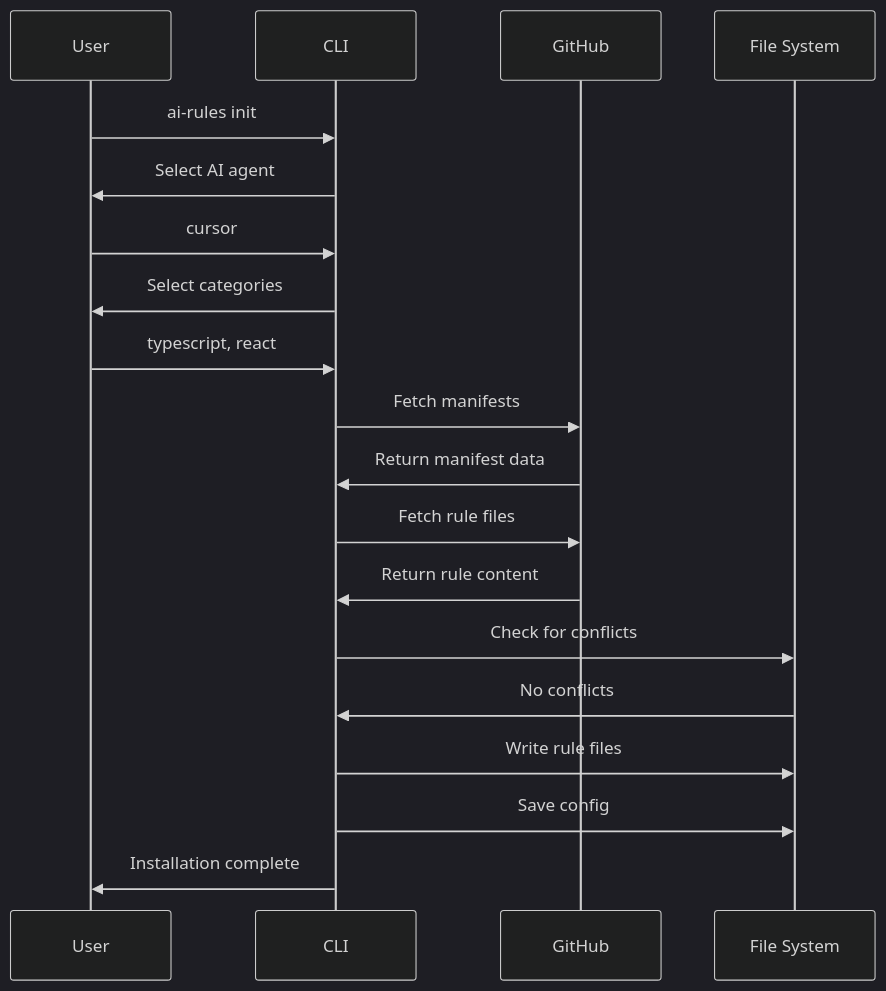
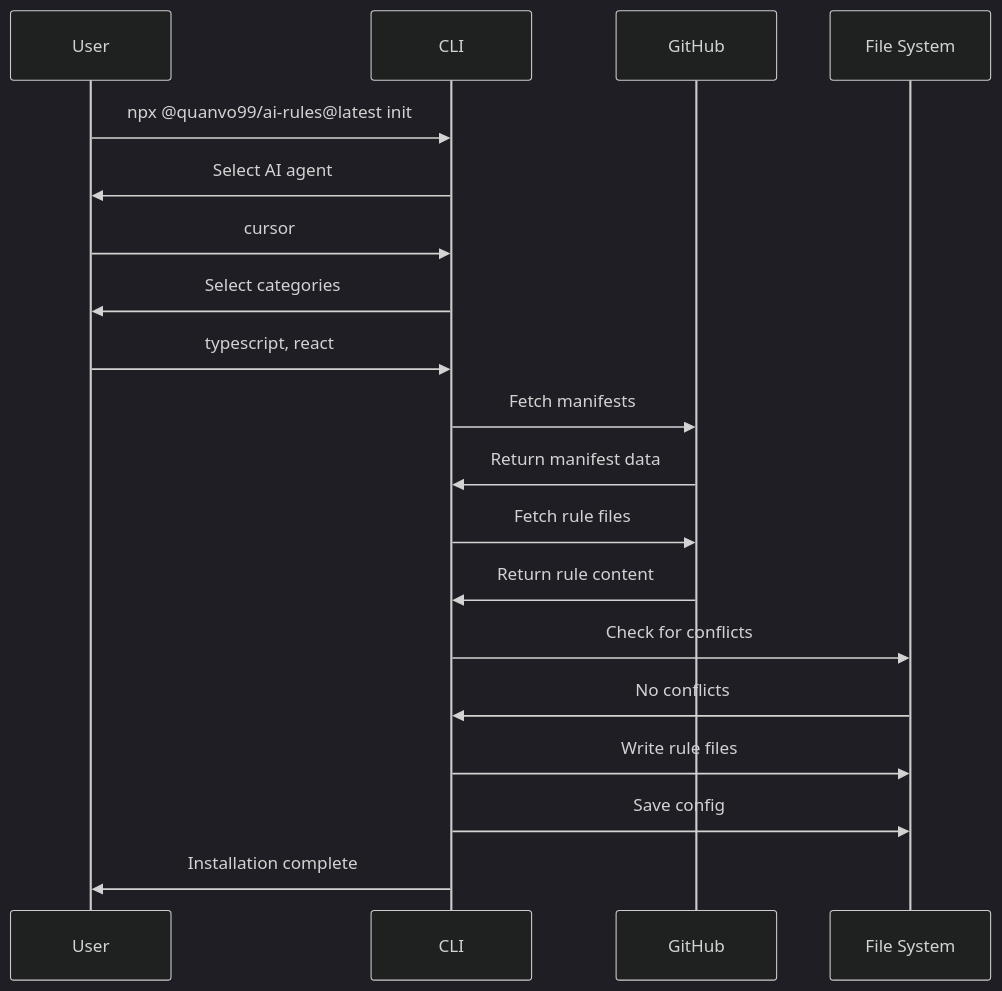
Before and after one commit to votrungquan1999/AI-rules-setup: the second of 3 diagrams in docs/system-design.md, drawn with Mermaid (dark theme). The commit also changed other lines of this file and 16 other files, not shown here.

First line of the commit message:
docs(cli): standardize CLI invocations on npx @quanvo99/ai-rules@latest

````diff
--- a/docs/system-design.md
+++ b/docs/system-design.md
@@ -114,22 +114,22 @@
 ```mermaid
 sequenceDiagram
     participant U as User
     participant C as CLI
     participant G as GitHub
     participant F as File System
 
-    U->>C: ai-rules init
+    U->>C: npx @quanvo99/ai-rules@latest init
     C->>U: Select AI agent
     U->>C: cursor
     C->>U: Select categories
     U->>C: typescript, react
     C->>G: Fetch manifests
     G->>C: Return manifest data
     C->>G: Fetch rule files
     G->>C: Return rule content
     C->>F: Check for conflicts
     F->>C: No conflicts
     C->>F: Write rule files
     C->>F: Save config
     C->>U: Installation complete
 ```
````
